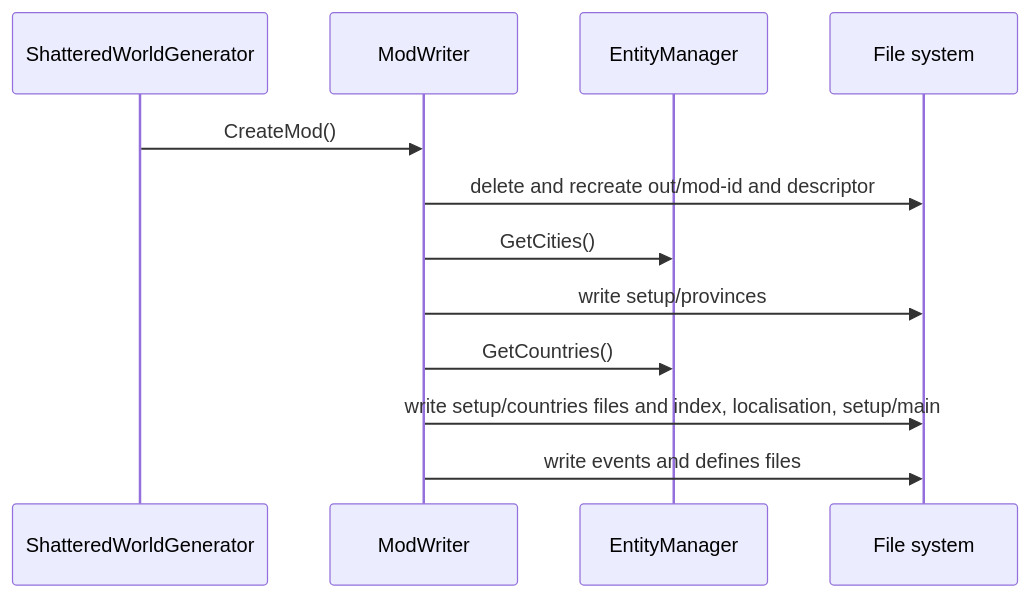
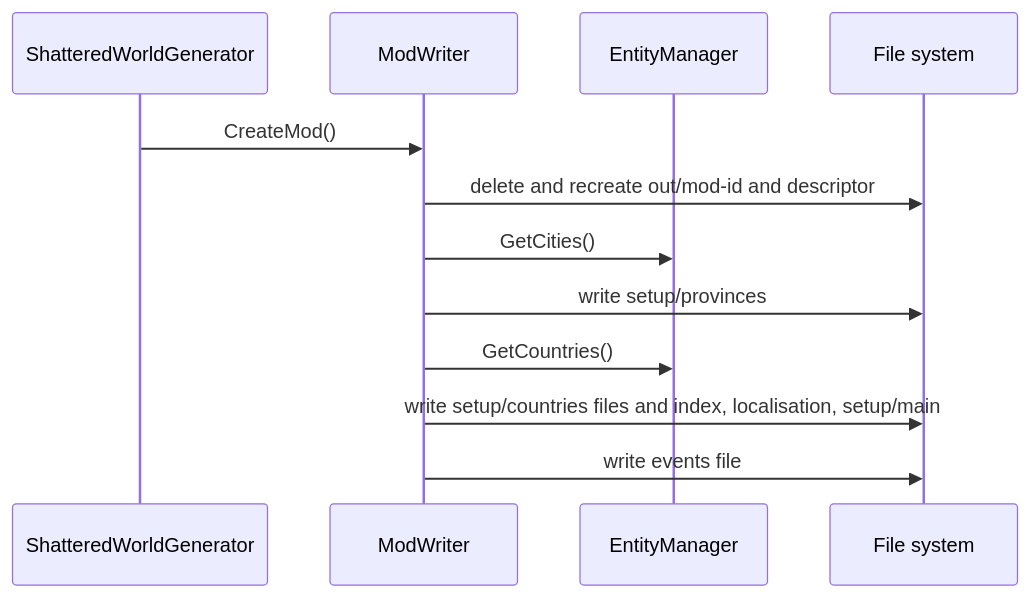
The seventh of 8 diagrams in ARCHITECTURE.md (hmlendea/imperator-shattered-world-generator), drawn with Mermaid before and after one commit. The commit also changed other lines of this file and 18 other files, not shown here.

````diff
--- a/ARCHITECTURE.md
+++ b/ARCHITECTURE.md
@@ -305,15 +305,15 @@
 ```mermaid
 sequenceDiagram
     participant Orchestrator as ShatteredWorldGenerator
     participant Writer as ModWriter
     participant Manager as EntityManager
     participant Disk as File system
 
     Orchestrator->>Writer: CreateMod()
     Writer->>Disk: delete and recreate out/mod-id and descriptor
     Writer->>Manager: GetCities()
     Writer->>Disk: write setup/provinces
     Writer->>Manager: GetCountries()
     Writer->>Disk: write setup/countries files and index, localisation, setup/main
-    Writer->>Disk: write events and defines files
+    Writer->>Disk: write events file
 ```
````
